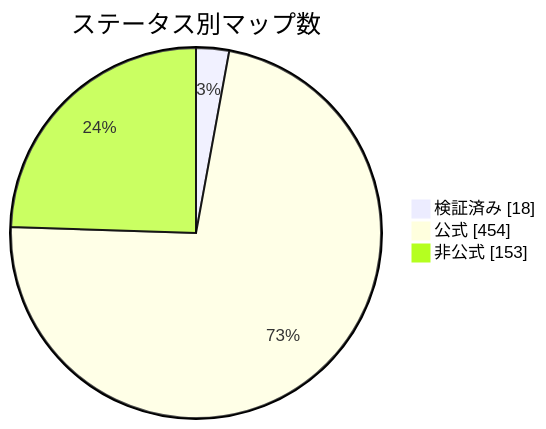
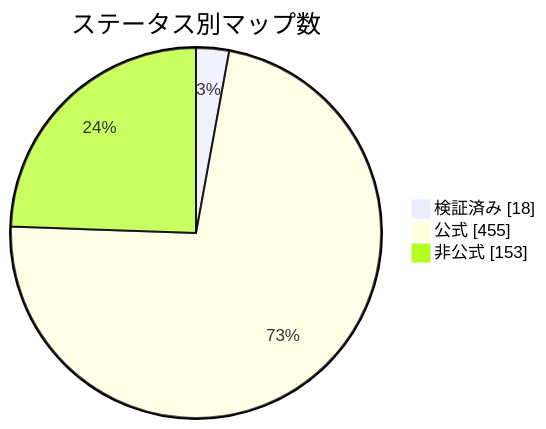
One commit to nobrega8/mbmap-library changed the diagram in docs/readme/README_JP.md. Above: the diagram before and after it, drawn with Mermaid. The commit also changed 6 other files, not shown here.

````diff
--- a/docs/readme/README_JP.md
+++ b/docs/readme/README_JP.md
@@ -54,7 +54,7 @@
 ```mermaid
 pie showData
     title ステータス別マップ数
     "検証済み" : 18
-    "公式" : 454
+    "公式" : 455
     "非公式" : 153
 ```
````
